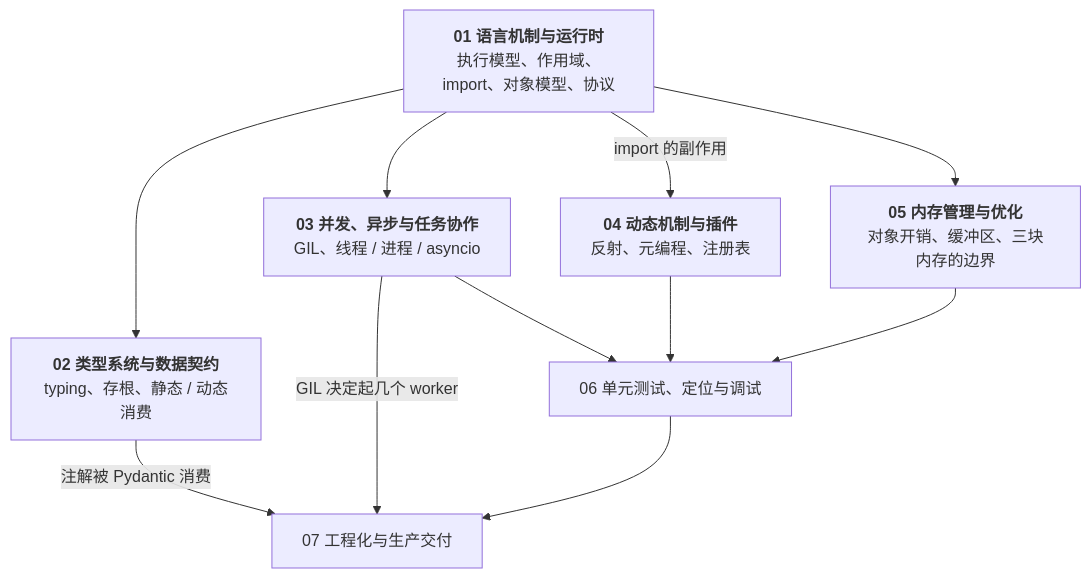
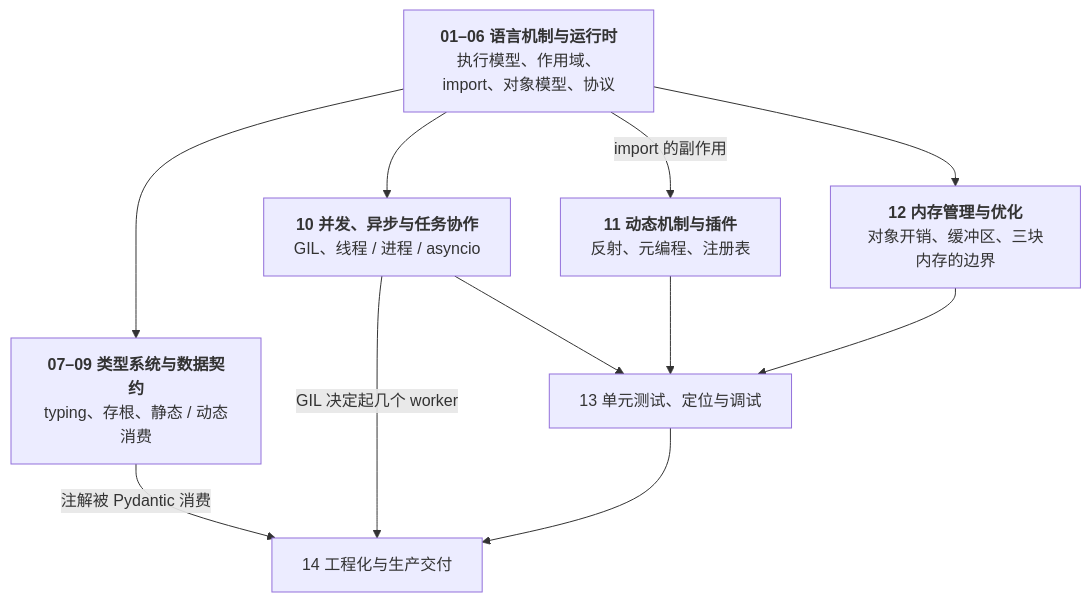
The first of 3 diagrams in _posts/2026-01-30-python-for-ai-infra-series-recap-and-self-test.md (arganzheng/arganzheng.github.com), drawn with Mermaid before and after one commit. The commit also changed other lines of this file and 24 other files, not shown here.

````diff
--- a/_posts/2026-01-30-python-for-ai-infra-series-recap-and-self-test.md
+++ b/_posts/2026-01-30-python-for-ai-infra-series-recap-and-self-test.md
@@ -24,13 +24,13 @@
 ```mermaid
 %%{init: {"flowchart": {"wrappingWidth": 190}}}%%
 %% 图：Python 系列全景：代码怎么运转 → 怎么写得健壮 → 怎么协作 → 怎么扩展 → 内存 → 怎么确认 → 怎么交付
 flowchart TB
-    P1["<b>01 语言机制与运行时</b><br/>执行模型、作用域、import、对象模型、协议"] --> P2["<b>02 类型系统与数据契约</b><br/>typing、存根、静态 / 动态消费"]
-    P1 --> P3["<b>03 并发、异步与任务协作</b><br/>GIL、线程 / 进程 / asyncio"]
-    P1 -- "import 的副作用" --> P4["<b>04 动态机制与插件</b><br/>反射、元编程、注册表"]
-    P1 --> P5["<b>05 内存管理与优化</b><br/>对象开销、缓冲区、三块内存的边界"]
-    P3 & P4 & P5 --> P6["06 单元测试、定位与调试"]
-    P2 -- "注解被 Pydantic 消费" --> P7["07 工程化与生产交付"]
+    P1["<b>01–06 语言机制与运行时</b><br/>执行模型、作用域、import、对象模型、协议"] --> P2["<b>07–09 类型系统与数据契约</b><br/>typing、存根、静态 / 动态消费"]
+    P1 --> P3["<b>10 并发、异步与任务协作</b><br/>GIL、线程 / 进程 / asyncio"]
+    P1 -- "import 的副作用" --> P4["<b>11 动态机制与插件</b><br/>反射、元编程、注册表"]
+    P1 --> P5["<b>12 内存管理与优化</b><br/>对象开销、缓冲区、三块内存的边界"]
+    P3 & P4 & P5 --> P6["13 单元测试、定位与调试"]
+    P2 -- "注解被 Pydantic 消费" --> P7["14 工程化与生产交付"]
     P3 -- "GIL 决定起几个 worker" --> P7
     P6 --> P7
 ```
````
